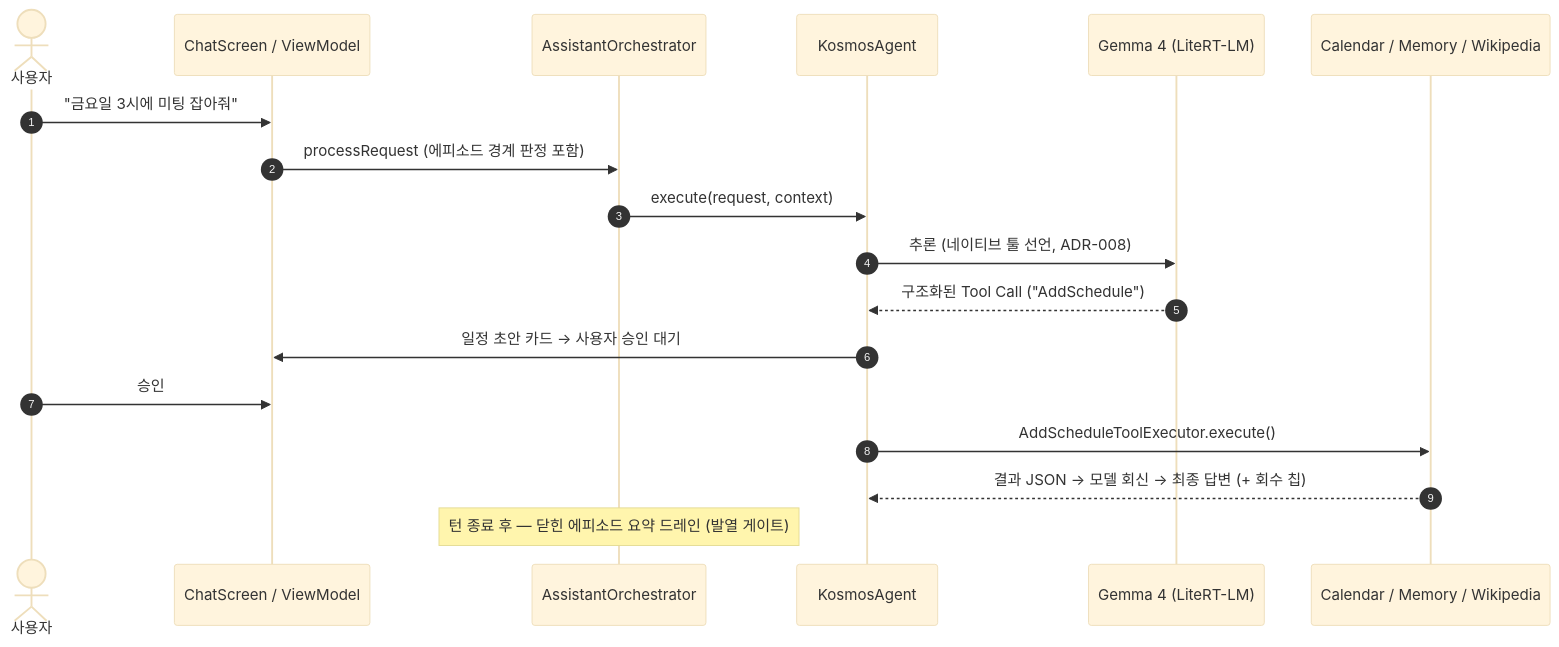
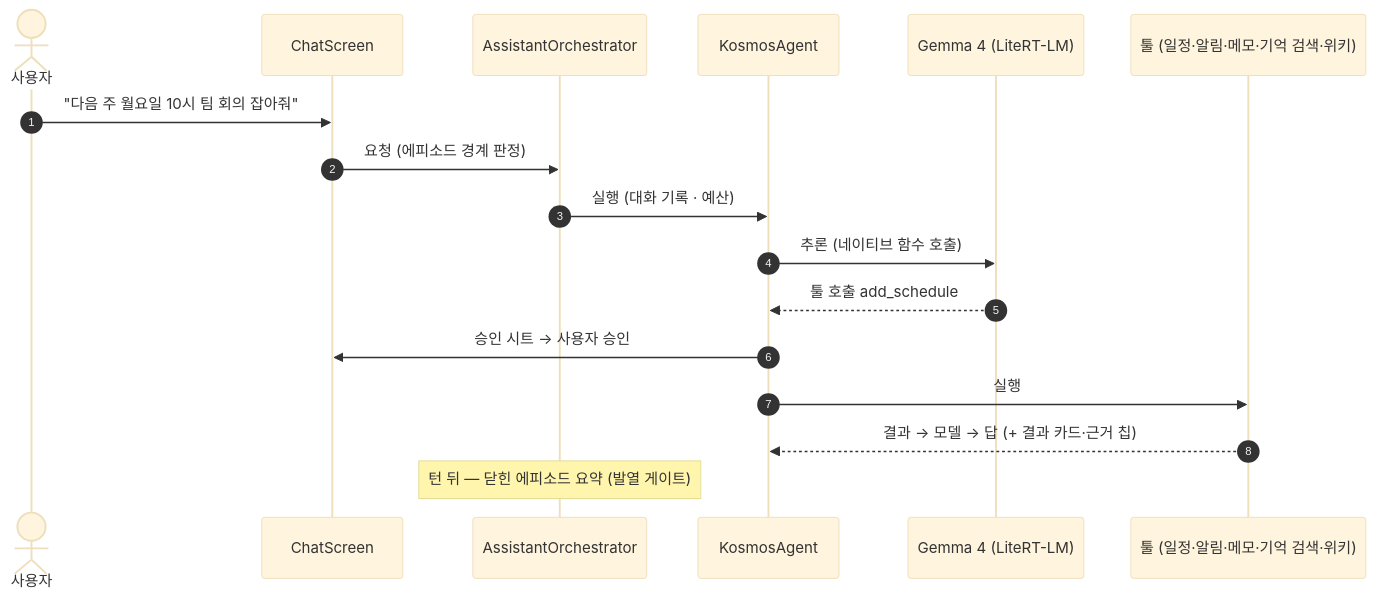
Before and after one commit to kang987654/lets_meet_on_friday: the second of 2 diagrams in README.md, drawn with Mermaid (base theme). The commit also changed other lines of this file and 4 other files, not shown here.

````diff
--- a/README.md
+++ b/README.md
@@ -96,21 +92,20 @@
 ```mermaid
 sequenceDiagram
     autonumber
     actor User as 사용자
-    participant UI as ChatScreen / ViewModel
-    participant Orchestrator as AssistantOrchestrator
+    participant UI as ChatScreen
+    participant Orch as AssistantOrchestrator
     participant Agent as KosmosAgent
     participant Model as Gemma 4 (LiteRT-LM)
-    participant Tool as Calendar / Memory / Wikipedia
+    participant Tool as 툴 (일정·알림·메모·기억 검색·위키)
 
-    User->>UI: "금요일 3시에 미팅 잡아줘"
-    UI->>Orchestrator: processRequest (에피소드 경계 판정 포함)
-    Orchestrator->>Agent: execute(request, context)
-    Agent->>Model: 추론 (네이티브 툴 선언, ADR-008)
-    Model-->>Agent: 구조화된 Tool Call ("AddSchedule")
-    Agent->>UI: 일정 초안 카드 → 사용자 승인 대기
-    User->>UI: 승인
-    Agent->>Tool: AddScheduleToolExecutor.execute()
-    Tool-->>Agent: 결과 JSON → 모델 회신 → 최종 답변 (+ 회수 칩)
-    Note over Orchestrator: 턴 종료 후 — 닫힌 에피소드 요약 드레인 (발열 게이트)
+    User->>UI: "다음 주 월요일 10시 팀 회의 잡아줘"
+    UI->>Orch: 요청 (에피소드 경계 판정)
+    Orch->>Agent: 실행 (대화 기록 · 예산)
+    Agent->>Model: 추론 (네이티브 함수 호출)
+    Model-->>Agent: 툴 호출 add_schedule
+    Agent->>UI: 승인 시트 → 사용자 승인
+    Agent->>Tool: 실행
+    Tool-->>Agent: 결과 → 모델 → 답 (+ 결과 카드·근거 칩)
+    Note over Orch: 턴 뒤 — 닫힌 에피소드 요약 (발열 게이트)
 ```
````
